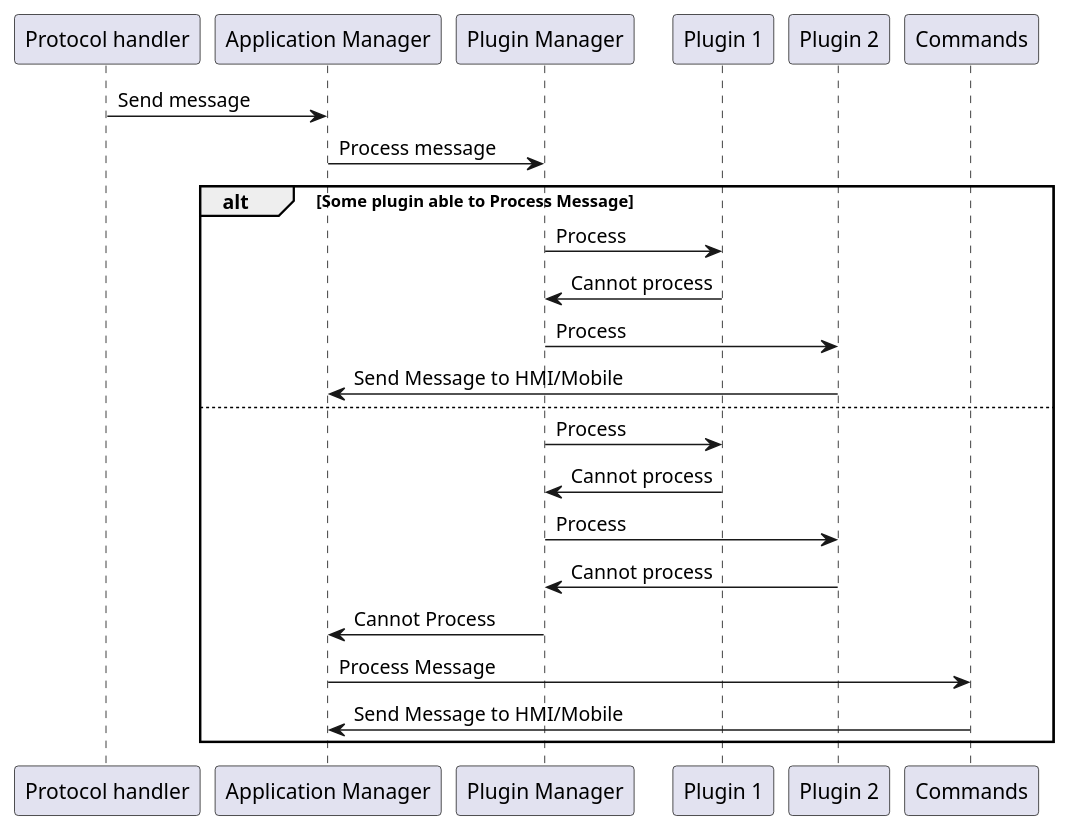
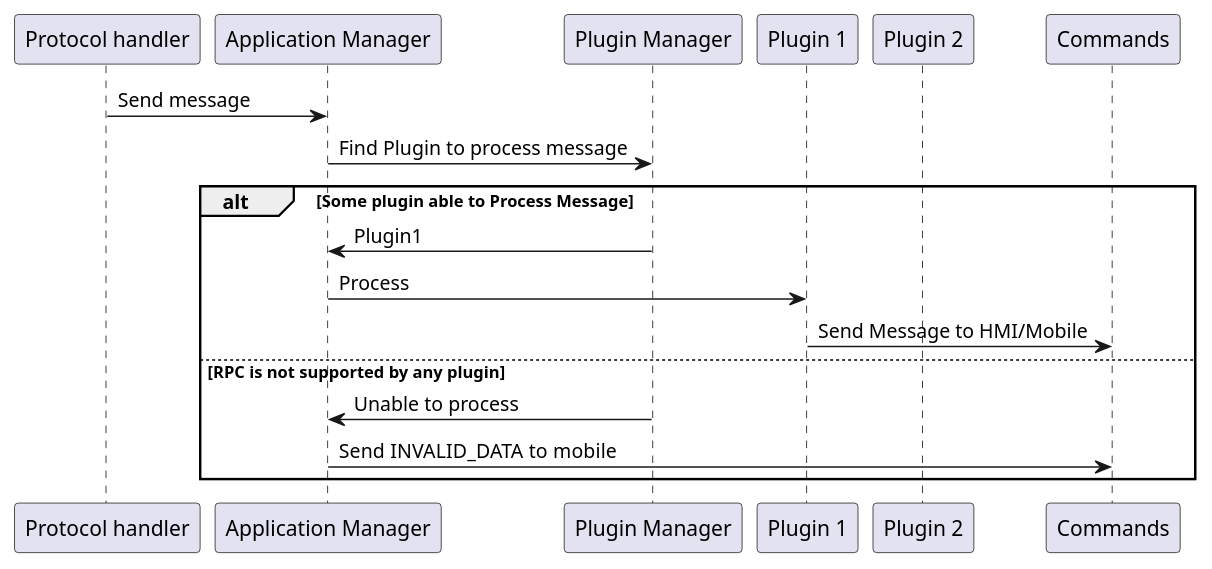
Before and after one commit to smartdevicelink/sdl_core_documentation: the diagram in docs/Software Architecture Document/Component Interaction View/assets/plugin_manager_interaction_view.puml, drawn with PlantUML. The commit also changed 1 other file, not shown here.

Commit message:
Plugin manager interaction view

```diff
--- a/docs/Software Architecture Document/Component Interaction View/assets/plugin_manager_interaction_view.puml
+++ b/docs/Software Architecture Document/Component Interaction View/assets/plugin_manager_interaction_view.puml
@@ -1,54 +1,49 @@
 @startuml
 /'
 It is a source file for SDL SAD sequence diagram.
 For further information, please, follow http://plantuml.com/ 
 '/
 
 participant "Protocol handler" as PH
 participant "Application Manager" as AM
 participant "Plugin Manager" as PM
 participant "Plugin 1" as P1
 participant "Plugin 2" as P2
 
 PH -> AM : Send message
-AM -> PM : Process message
+AM -> PM : Find Plugin to process message
 
 alt Some plugin able to Process Message
+PM -> AM : Plugin1
+AM -> P1 : Process
+P1 -> Commands : Send Message to HMI/Mobile
 
-PM -> P1 : Process
-P1 -> PM : Cannot process
-PM -> P2 : Process
-P2 -> AM : Send Message to HMI/Mobile
-else
+else RPC is not supported by any plugin
 
-PM -> P1 : Process
-P1 -> PM : Cannot process
-PM -> P2 : Process
-P2 -> PM : Cannot process
-PM -> AM : Cannot Process
-AM -> Commands : Process Message
-Commands -> AM : Send Message to HMI/Mobile
+PM -> AM : Unable to process
+AM -> Commands : Send INVALID_DATA to mobile
 
 end
+
 skinparam defaultFontSize 16
 skinparam sequence {
     ArrowColor Blue
     ArrowFontColor #2027E8
     ArrowFontStyle bold
      
     LifeLineBorderColor black
      
     ParticipantBorderColor black
     ParticipantBackgroundColor white
     ParticipantFontSize 17
     ParticipantFontColor black
      
     ActorBorderColor black
     ActorBackgroundColor white
     ActorFontColor Blue
     ActorFontSize 17
     ActorFontName Blue
     sequenceArrowFontSize  16
     DividerBackgroundColor #FEFECE
 }
 @enduml
```
